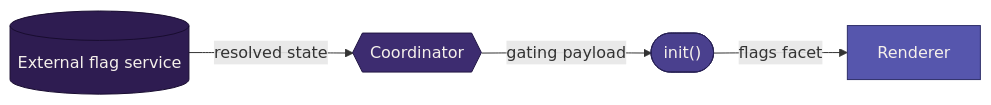
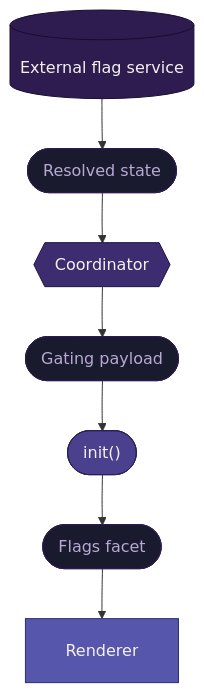
Before and after one commit to mozilla/home-new-tab: the diagram in docs/architecture/feature-flags.md, drawn with Mermaid. The commit also changed other lines of this file and 3 other files, not shown here.

Commit message:
docs(charts): refine style for better reading

````diff
--- a/docs/architecture/feature-flags.md
+++ b/docs/architecture/feature-flags.md
@@ -28,21 +28,29 @@
 ```mermaid
-flowchart LR
+---
+config:
+  flowchart:
+    padding: 20
+---
+flowchart TD
     ext@{label: "External flag service", shape: cylinder}
+    resolved@{label: "Resolved state", shape: stadium}
     coord@{label: "Coordinator", shape: hexagon}
+    payload@{label: "Gating payload", shape: stadium}
     init@{label: "init()", shape: stadium}
+    flags@{label: "Flags facet", shape: stadium}
     renderer@{label: "Renderer", shape: rect}
 
-    ext -- "resolved state" --> coord
-    coord -- "gating payload" --> init
-    init -- "flags facet" --> renderer
+    ext --> resolved --> coord --> payload --> init --> flags --> renderer
 
     classDef deepest fill:#2e1c51,stroke:#190d30,color:#f5f0eb
     classDef deep fill:#3d2c70,stroke:#211643,color:#f5f0eb
     classDef mid fill:#4a408e,stroke:#282155,color:#f5f0eb
     classDef light fill:#5656ad,stroke:#2e2e68,color:#f5f0eb
+    classDef label fill:#1a1a2e,stroke:#2e1c51,color:#b8a9d4
 
     class ext deepest
     class coord deep
     class init mid
     class renderer light
+    class resolved,payload,flags label
 ```
````
